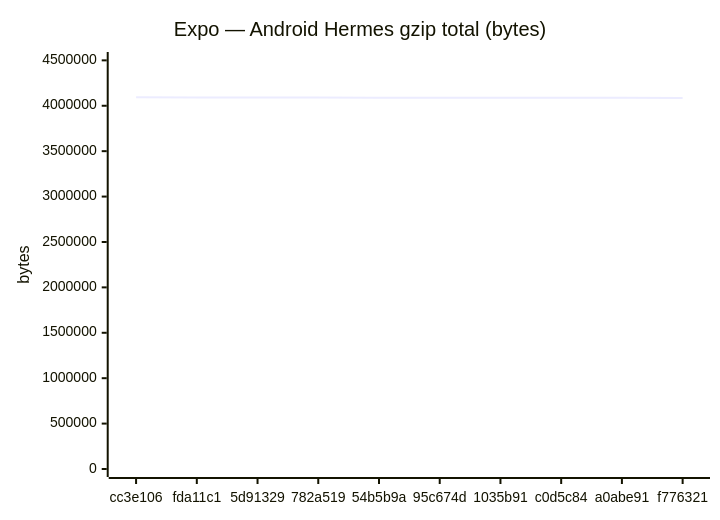
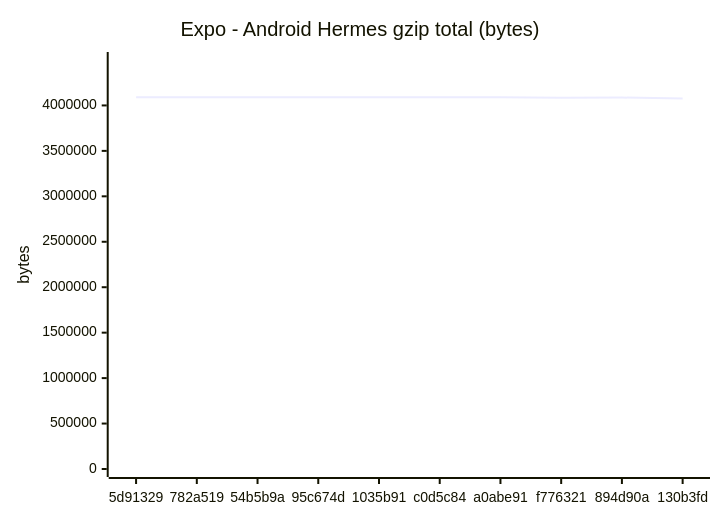
The fifth of 18 diagrams in benchmarks/compare.md (Metaheurist/Rianell), drawn with Mermaid before and after one commit. The commit also changed other lines of this file and 294 other files, not shown here.

````diff
--- a/benchmarks/compare.md
+++ b/benchmarks/compare.md
@@ -89,7 +89,7 @@
 ```mermaid
 xychart-beta
-    title "Expo — Android Hermes gzip total (bytes)"
-    x-axis ["cc3e106", "fda11c1", "5d91329", "782a519", "54b5b9a", "95c674d", "1035b91", "c0d5c84", "a0abe91", "f776321"]
-    y-axis "bytes" 0 --> 4503912
-    line [4094465, 4090789, 4090787, 4090360, 4089313, 4088814, 4088813, 4088813, 4088812, 4085830]
+    title "Expo - Android Hermes gzip total (bytes)"
+    x-axis ["5d91329", "782a519", "54b5b9a", "95c674d", "1035b91", "c0d5c84", "a0abe91", "f776321", "894d90a", "130b3fd"]
+    y-axis "bytes" 0 --> 4499866
+    line [4090787, 4090360, 4089313, 4088814, 4088813, 4088813, 4088812, 4085830, 4086643, 4077332]
 ```
````
